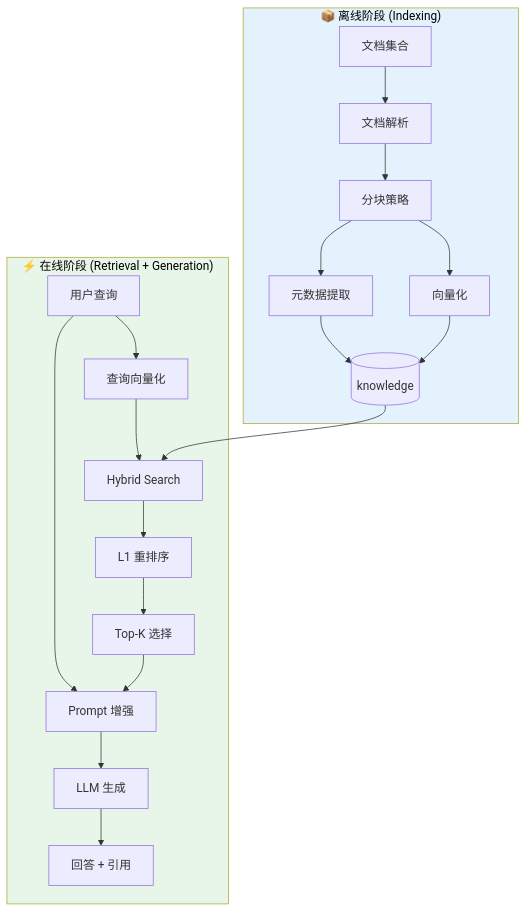
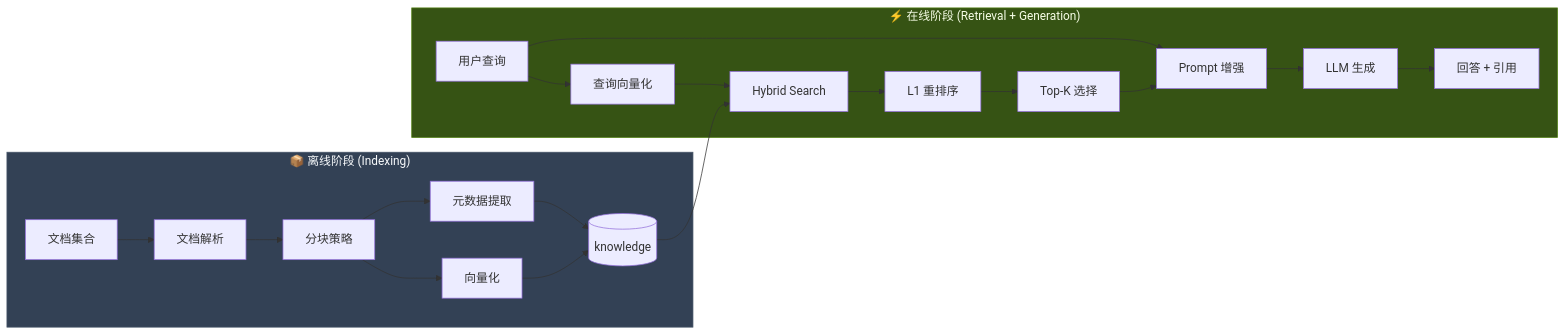
Before and after one commit to ThreeFish-AI/agentic-ai-cognizes: the fifth of 11 diagrams in docs/engine/030-the-perception.md, drawn with Mermaid. The commit also changed other lines of this file, not shown here.

First line of the commit message:
docs(perception): 优化流程图样式配置

````diff
--- a/docs/engine/030-the-perception.md
+++ b/docs/engine/030-the-perception.md
@@ -655,26 +655,26 @@
 ```mermaid
-flowchart TB
+flowchart LR
     subgraph 离线阶段["📦 离线阶段 (Indexing)"]
         D[文档集合] --> Parse[文档解析]
         Parse --> Chunk[分块策略]
         Chunk --> Embed[向量化]
         Embed --> Index[(knowledge)]
         Chunk --> Meta[元数据提取]
         Meta --> Index
     end
 
     subgraph 在线阶段["⚡ 在线阶段 (Retrieval + Generation)"]
         Q[用户查询] --> QEmbed[查询向量化]
         QEmbed --> Search[Hybrid Search]
         Index --> Search
         Search --> Rerank[L1 重排序]
         Rerank --> Select[Top-K 选择]
         Select --> Augment[Prompt 增强]
         Q --> Augment
         Augment --> LLM[LLM 生成]
         LLM --> Answer[回答 + 引用]
     end
 
-    style 离线阶段 fill:#e3f2fd,color:#000
-    style 在线阶段 fill:#e8f5e9,color:#000
+    style 离线阶段 fill:#334155,stroke:#475569,color:#f8fafc
+    style 在线阶段 fill:#365314,stroke:#4d7c0f,color:#f7fee7
 ```
````
